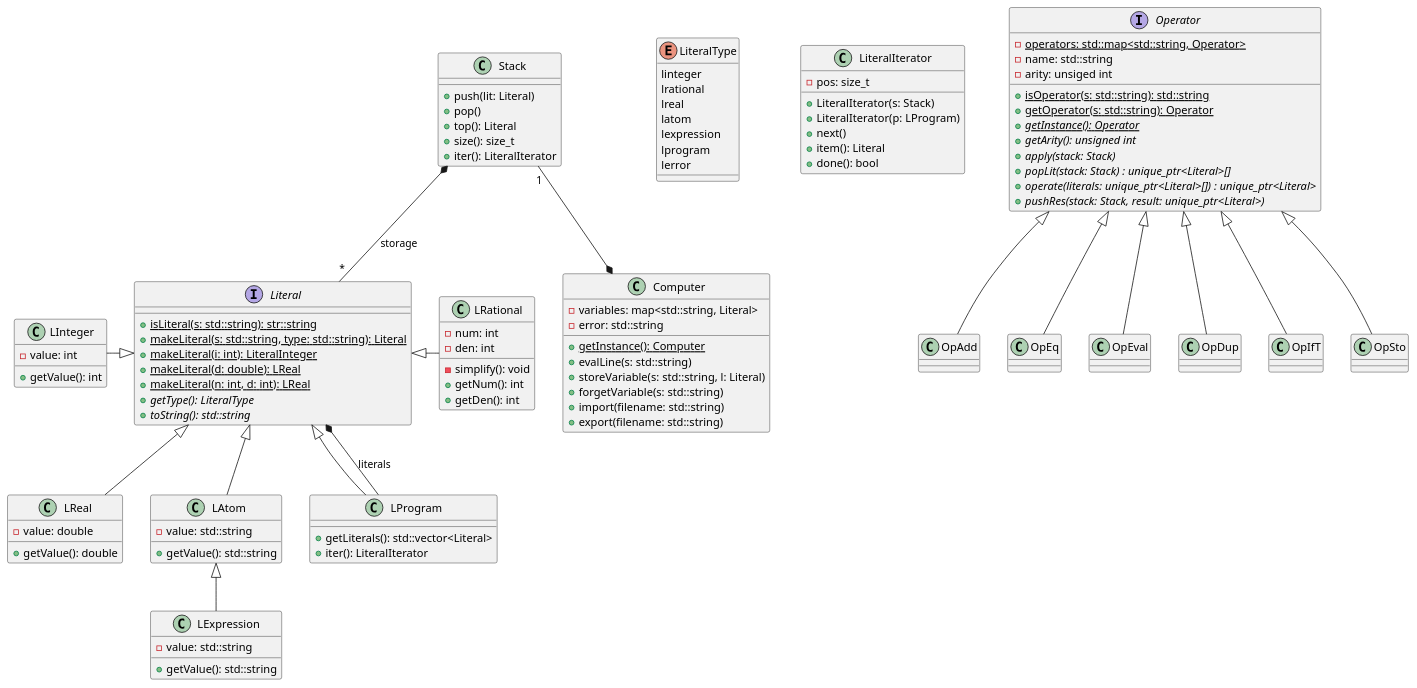
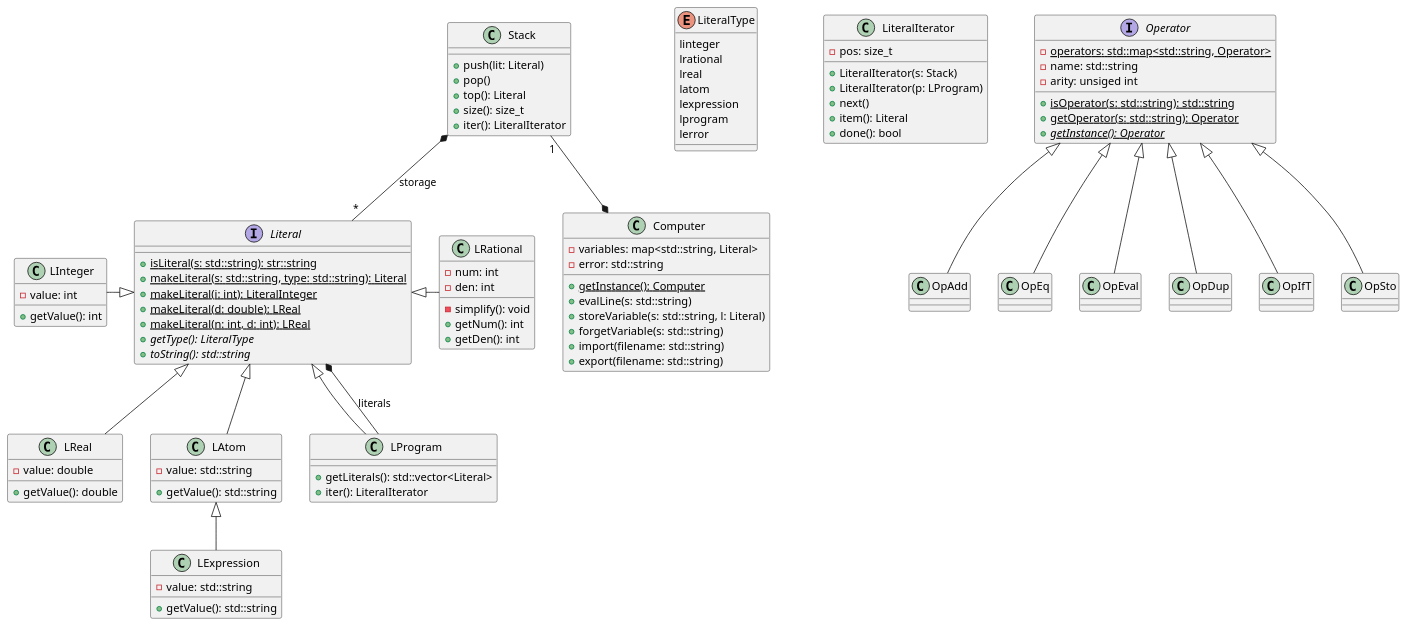
The diagram in UML/comput.plantuml (pltheoclement/LO21), drawn with PlantUML before and after one commit. The commit also changed 6 other files, not shown here.

```diff
--- a/UML/comput.plantuml
+++ b/UML/comput.plantuml
@@ -3,136 +3,131 @@
 @startuml
 
 class Computer{
     -variables: map<std::string, Literal>
     -error: std::string
     +{static}getInstance(): Computer
     +evalLine(s: std::string)
     +storeVariable(s: std::string, l: Literal)
     +forgetVariable(s: std::string)
     +import(filename: std::string)
     +export(filename: std::string)
 }
 Stack "1" -down-* Computer
 
 enum LiteralType{
     linteger
     lrational
     lreal
     latom
     lexpression
     lprogram
     lerror
 }
 
 interface Literal{
     +{static}isLiteral(s: std::string): str::string
     +{static}makeLiteral(s: std::string, type: std::string): Literal
     +{static}makeLiteral(i: int): LiteralInteger
     +{static}makeLiteral(d: double): LReal
     +{static}makeLiteral(n: int, d: int): LReal
     +{abstract}getType(): LiteralType
     +{abstract}toString(): std::string
 }
 
 class LInteger{
     -value: int
     +getValue(): int
 }
 Literal <|-left- LInteger
 
 class LRational{
     -num: int
     -den: int
     -simplify(): void
     +getNum(): int
     +getDen(): int
 }
 Literal <|-right- LRational
 
 class LReal{
     -value: double
     +getValue(): double
 }
 Literal <|-- LReal
 
 class LAtom{
     -value: std::string
     +getValue(): std::string
 }
 Literal <|-- LAtom
 
 class LExpression{
     -value: std::string
     +getValue(): std::string
 }
 LAtom <|-- LExpression
 
 class LProgram{
     +getLiterals(): std::vector<Literal>
     +iter(): LiteralIterator
 }
 LProgram --* Literal: literals
 Literal <|-- LProgram
 
 class Stack{
     +push(lit: Literal)
     +pop()
     +top(): Literal
     +size(): size_t
     +iter(): LiteralIterator
 }
 Stack *-- "*" Literal: storage
 
 class LiteralIterator{
     -pos: size_t
     +LiteralIterator(s: Stack)
     +LiteralIterator(p: LProgram)
     +next()
     +item(): Literal
     +done(): bool
 }
 
 interface Operator{
     -{static}operators: std::map<std::string, Operator>
     -name: std::string
     -arity: unsiged int
     +{static}isOperator(s: std::string): std::string
     +{static}getOperator(s: std::string): Operator
     +{static}{abstract}getInstance(): Operator
-    +{abstract}getArity(): unsigned int
-    +{abstract}apply(stack: Stack)
-    +{abstract}popLit(stack: Stack) : unique_ptr<Literal>[]
-    +{abstract}operate(literals: unique_ptr<Literal>[]) : unique_ptr<Literal>
-    +{abstract}pushRes(stack: Stack, result: unique_ptr<Literal>)
 }
 
 Operator <|-- OpAdd
 'Operator <|-- OpSub
 'Operator <|-- OpMul
 'Operator <|-- OpDiv
 'Operator <|-- OpDivI
 'Operator <|-- OpMod
 'Operator <|-- OpNeg
 '
 Operator <|-- OpEq
 'Operator <|-- OpNEq
 'Operator <|-- OpSup
 'Operator <|-- OpInf
 'Operator <|-- OpSupE
 'Operator <|-- OpInfE
 'Operator <|-- OpAnd
 'Operator <|-- OpOr
 'Operator <|-- OpNot
 '
 Operator <|-- OpEval
 '
 Operator <|-- OpDup
 'Operator <|-- OpDrop
 'Operator <|-- OpSwap
 'Operator <|-- OpClear
 '
 Operator <|-- OpIfT
 '
 Operator <|-- OpSto
 'Operator <|-- OpForget
 @enduml
```
